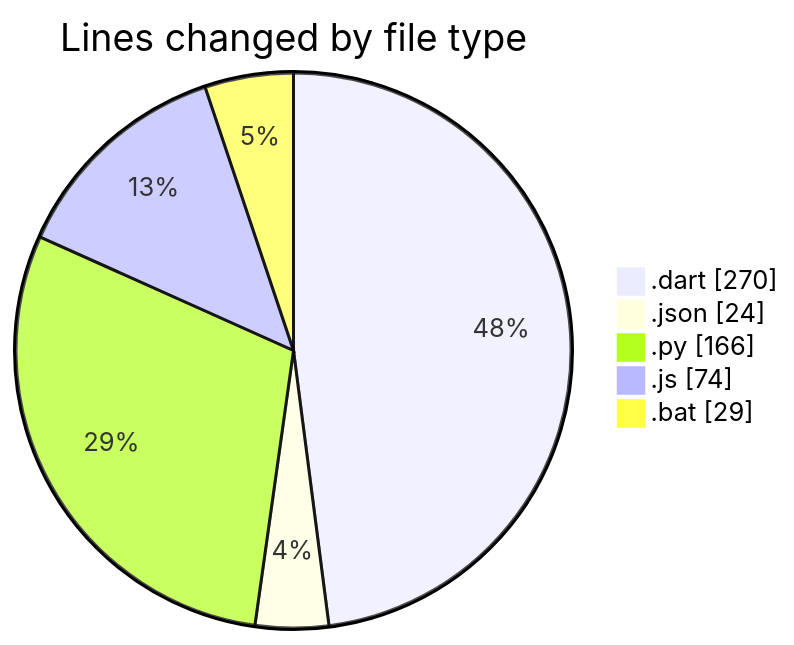
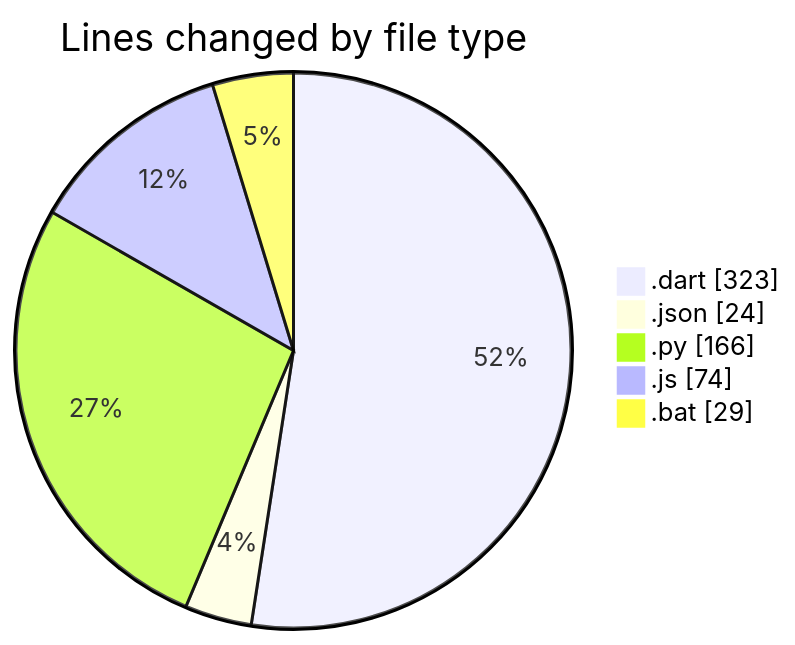
Before and after one commit to lephambinh05/code-tracking: the first of 2 diagrams in 2025-08-04/studybuddy/README.md, drawn with Mermaid. The commit also changed other lines of this file and 1 other file, not shown here.

````diff
--- a/2025-08-04/studybuddy/README.md
+++ b/2025-08-04/studybuddy/README.md
@@ -31,9 +31,9 @@
 ```mermaid
 pie showData
 title Lines changed by file type
-".dart" : 270
+".dart" : 323
 ".json" : 24
 ".py" : 166
 ".js" : 74
 ".bat" : 29
 ```
````
